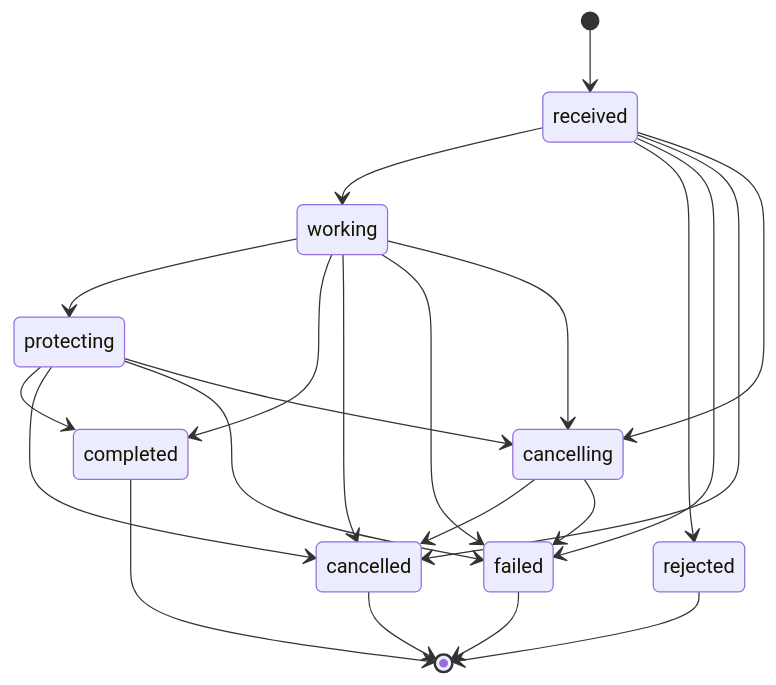
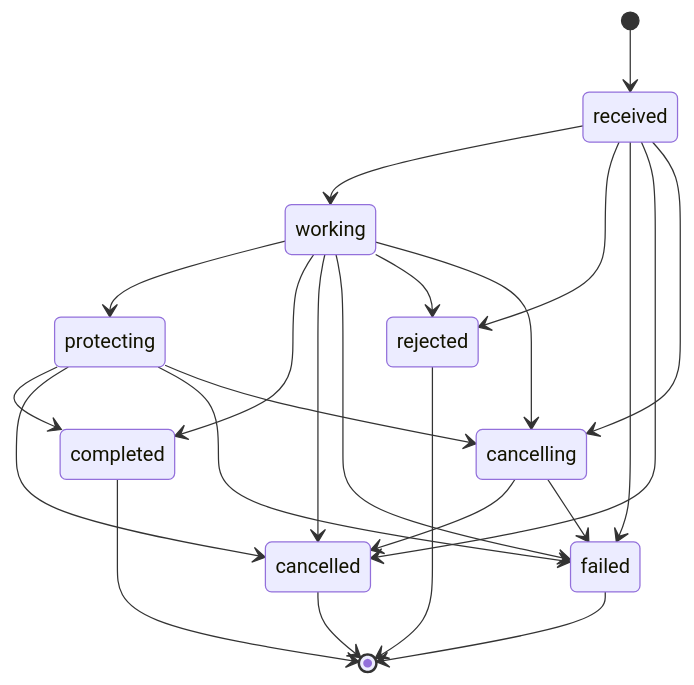
One commit to pramodathani/unified_broker_interface changed the second of 2 diagrams in docs/rest-api/order-engine.md. Above: the diagram before and after it, drawn with Mermaid. The commit also changed other lines of this file and 10 other files, not shown here.

````diff
--- a/docs/rest-api/order-engine.md
+++ b/docs/rest-api/order-engine.md
@@ -193,24 +193,25 @@
 ```mermaid
 stateDiagram-v2
     [*] --> received
     received --> working
     received --> rejected
     received --> failed
     received --> cancelled
     working --> protecting
     working --> completed
     working --> cancelled
     working --> failed
+    working --> rejected
     protecting --> completed
     protecting --> cancelled
     protecting --> failed
     received --> cancelling
     working --> cancelling
     protecting --> cancelling
     cancelling --> cancelled
     cancelling --> failed
     completed --> [*]
     cancelled --> [*]
     rejected --> [*]
     failed --> [*]
 ```
````
